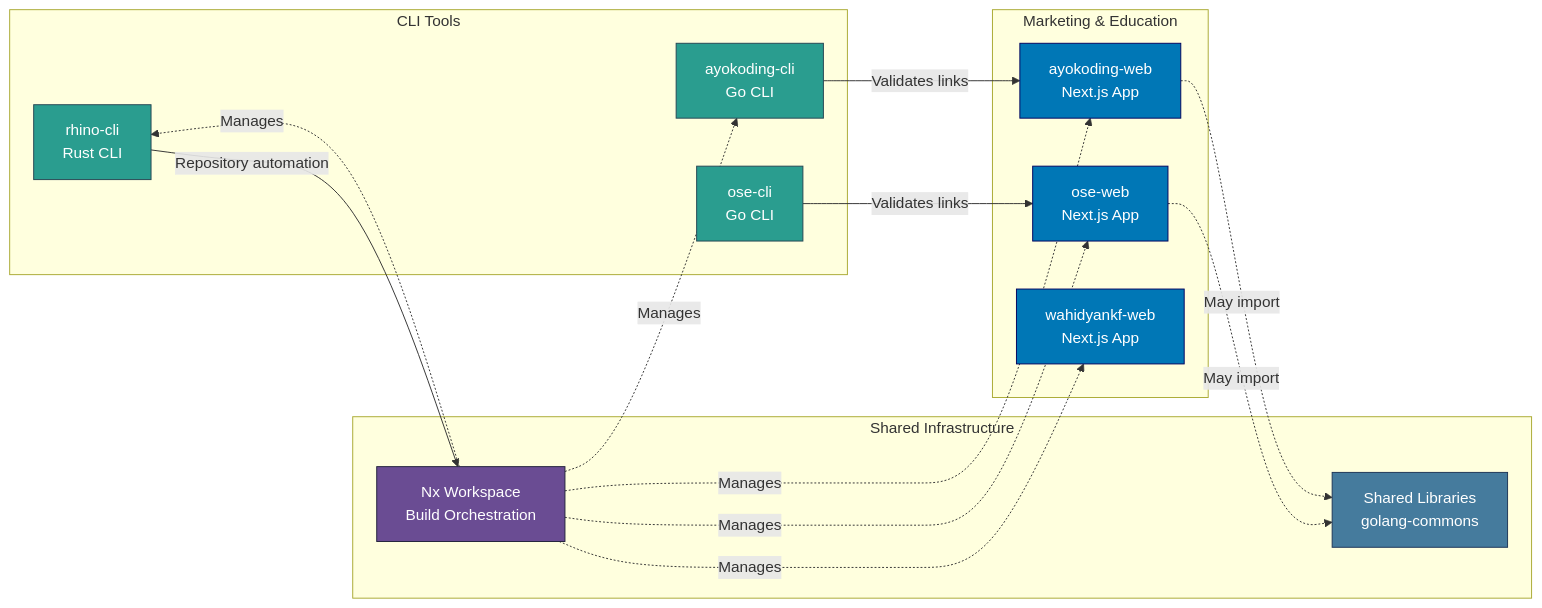
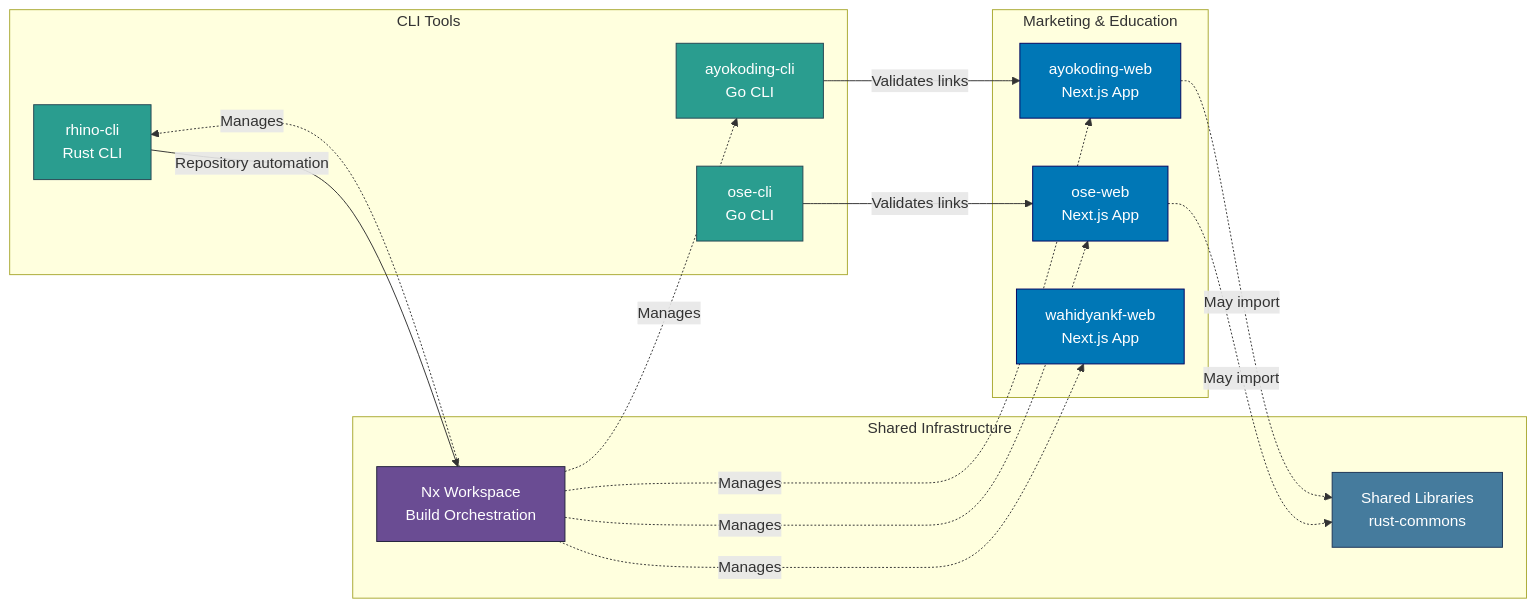
The first of 2 diagrams in docs/reference/system-architecture/applications.md (wahidyankf/baseerah), drawn with Mermaid before and after one commit. The commit also changed other lines of this file and 20 other files, not shown here.

````diff
--- a/docs/reference/system-architecture/applications.md
+++ b/docs/reference/system-architecture/applications.md
@@ -178,39 +178,39 @@
 ```mermaid
 graph LR
     subgraph "Marketing & Education"
         OSE[ose-web<br/>Next.js App]
         AYO[ayokoding-web<br/>Next.js App]
         WKF[wahidyankf-web<br/>Next.js App]
     end
 
     subgraph "CLI Tools"
         AYOCLI[ayokoding-cli<br/>Go CLI]
         RHINO[rhino-cli<br/>Rust CLI]
         OSECLI[ose-cli<br/>Go CLI]
     end
 
     subgraph "Shared Infrastructure"
         NX[Nx Workspace<br/>Build Orchestration]
-        LIBS[Shared Libraries<br/>golang-commons]
+        LIBS[Shared Libraries<br/>rust-commons]
     end
 
     AYOCLI -->|Validates links| AYO
     RHINO -->|Repository automation| NX
     OSECLI -->|Validates links| OSE
     NX -.->|Manages| OSE
     NX -.->|Manages| AYO
     NX -.->|Manages| WKF
     NX -.->|Manages| AYOCLI
     NX -.->|Manages| RHINO
     OSE -.->|May import| LIBS
     AYO -.->|May import| LIBS
 
     style OSE fill:#0077b6,stroke:#03045e,color:#ffffff
     style AYO fill:#0077b6,stroke:#03045e,color:#ffffff
     style WKF fill:#0077b6,stroke:#03045e,color:#ffffff
     style AYOCLI fill:#2a9d8f,stroke:#264653,color:#ffffff
     style RHINO fill:#2a9d8f,stroke:#264653,color:#ffffff
     style OSECLI fill:#2a9d8f,stroke:#264653,color:#ffffff
     style NX fill:#6a4c93,stroke:#22223b,color:#ffffff
     style LIBS fill:#457b9d,stroke:#1d3557,color:#ffffff
 ```
````
